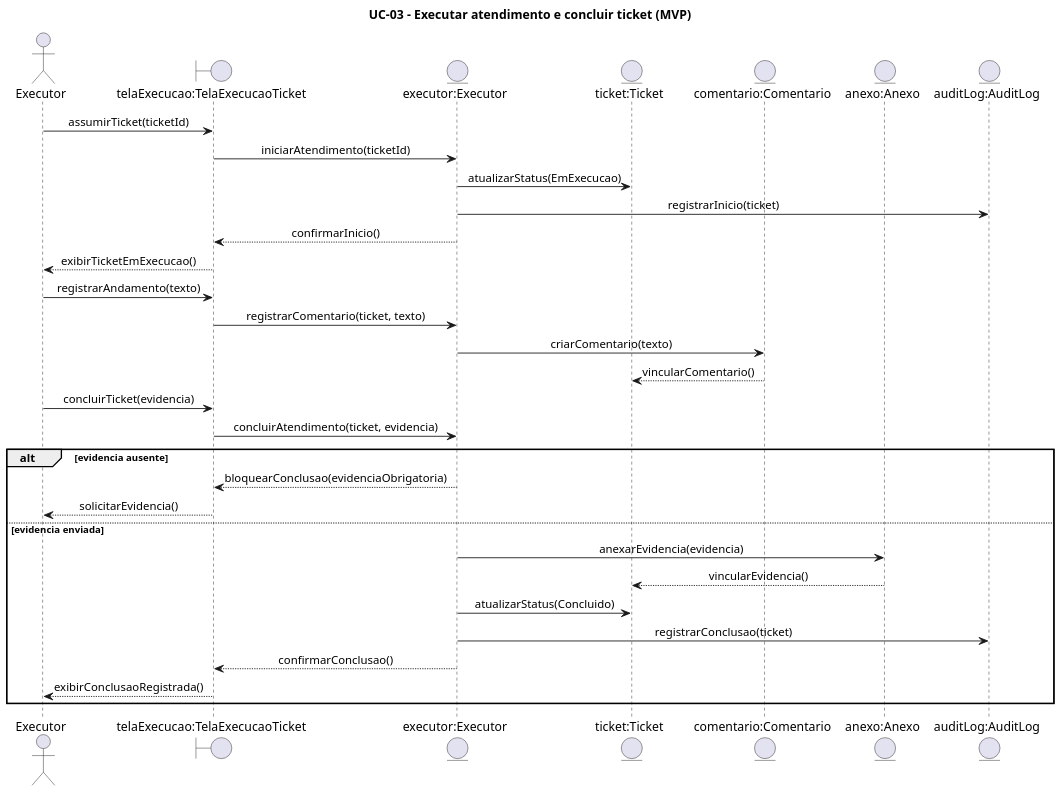
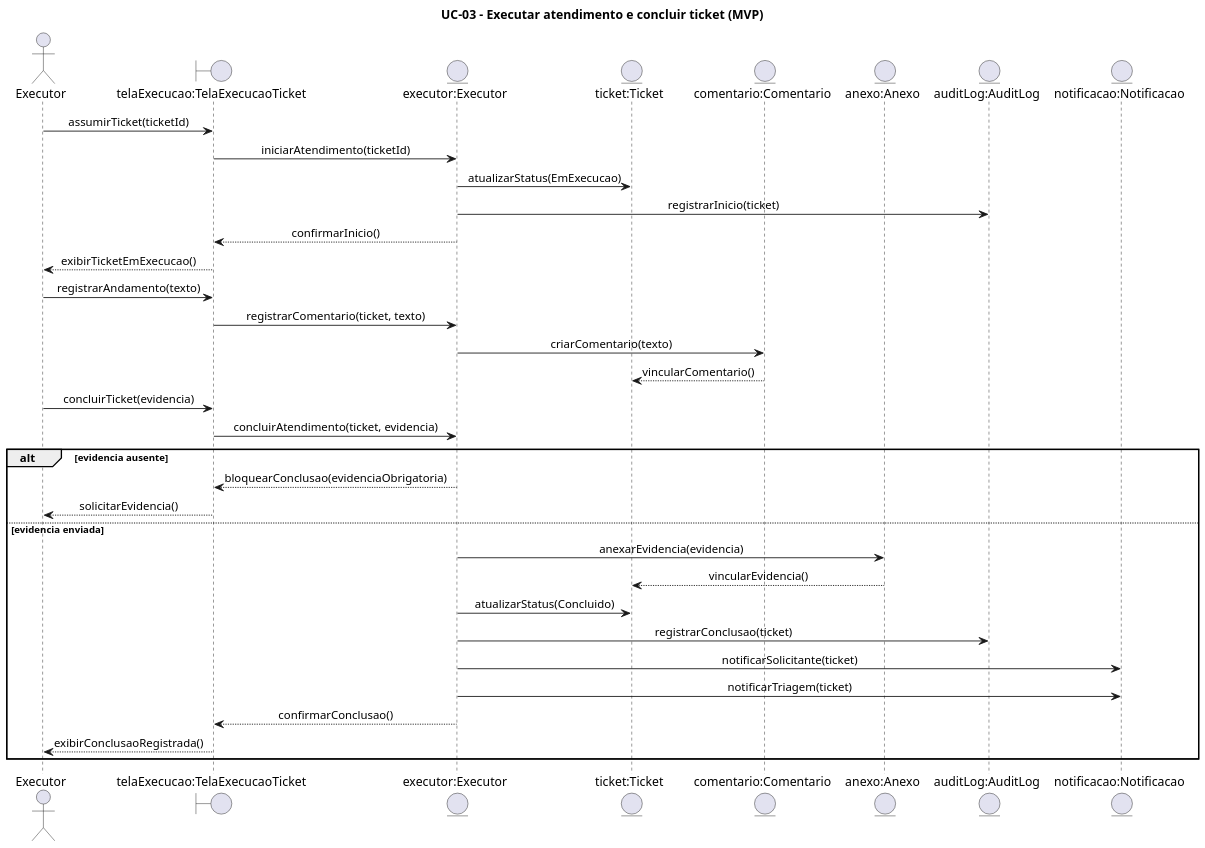
One commit to araujoviana/lab-eng-software-grupo10 changed the diagram in docs/diagramas/diagrama-sequencia-uc03-execucao-conclusao.puml. Above: the diagram before and after it, drawn with PlantUML. The commit also changed 5 other files, not shown here.

```diff
--- a/docs/diagramas/diagrama-sequencia-uc03-execucao-conclusao.puml
+++ b/docs/diagramas/diagrama-sequencia-uc03-execucao-conclusao.puml
@@ -1,45 +1,48 @@
 @startuml
 skinparam shadowing false
 skinparam dpi 140
 skinparam sequenceMessageAlign center
 skinparam ParticipantPadding 20
 skinparam BoxPadding 10
 
 title UC-03 - Executar atendimento e concluir ticket (MVP)
 
 actor AtorExecutor as "Executor"
 boundary "telaExecucao:TelaExecucaoTicket" as Tela
 entity "executor:Executor" as Executor
 entity "ticket:Ticket" as Ticket
 entity "comentario:Comentario" as Comentario
 entity "anexo:Anexo" as Anexo
 entity "auditLog:AuditLog" as AuditLog
+entity "notificacao:Notificacao" as Notificacao
 
 AtorExecutor -> Tela: assumirTicket(ticketId)
 Tela -> Executor: iniciarAtendimento(ticketId)
 Executor -> Ticket: atualizarStatus(EmExecucao)
 Executor -> AuditLog: registrarInicio(ticket)
 Executor --> Tela: confirmarInicio()
 Tela --> AtorExecutor: exibirTicketEmExecucao()
 
 AtorExecutor -> Tela: registrarAndamento(texto)
 Tela -> Executor: registrarComentario(ticket, texto)
 Executor -> Comentario: criarComentario(texto)
 Comentario --> Ticket: vincularComentario()
 
 AtorExecutor -> Tela: concluirTicket(evidencia)
 Tela -> Executor: concluirAtendimento(ticket, evidencia)
 
 alt evidencia ausente
   Executor --> Tela: bloquearConclusao(evidenciaObrigatoria)
   Tela --> AtorExecutor: solicitarEvidencia()
 else evidencia enviada
   Executor -> Anexo: anexarEvidencia(evidencia)
   Anexo --> Ticket: vincularEvidencia()
   Executor -> Ticket: atualizarStatus(Concluido)
   Executor -> AuditLog: registrarConclusao(ticket)
+  Executor -> Notificacao: notificarSolicitante(ticket)
+  Executor -> Notificacao: notificarTriagem(ticket)
   Executor --> Tela: confirmarConclusao()
   Tela --> AtorExecutor: exibirConclusaoRegistrada()
 end
 
 @enduml
```
